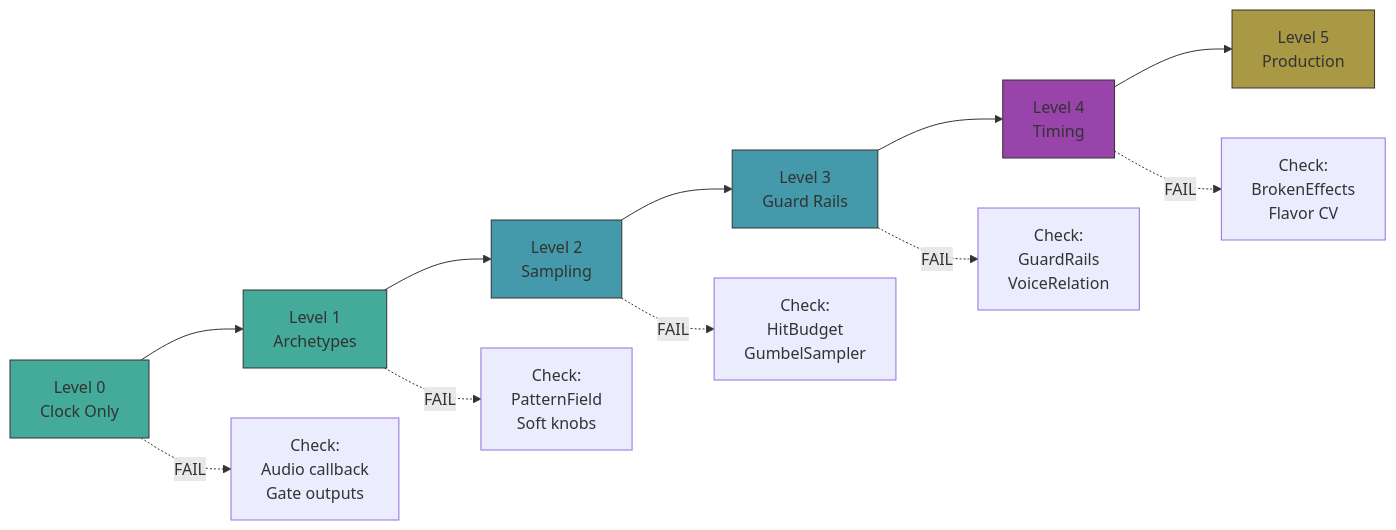
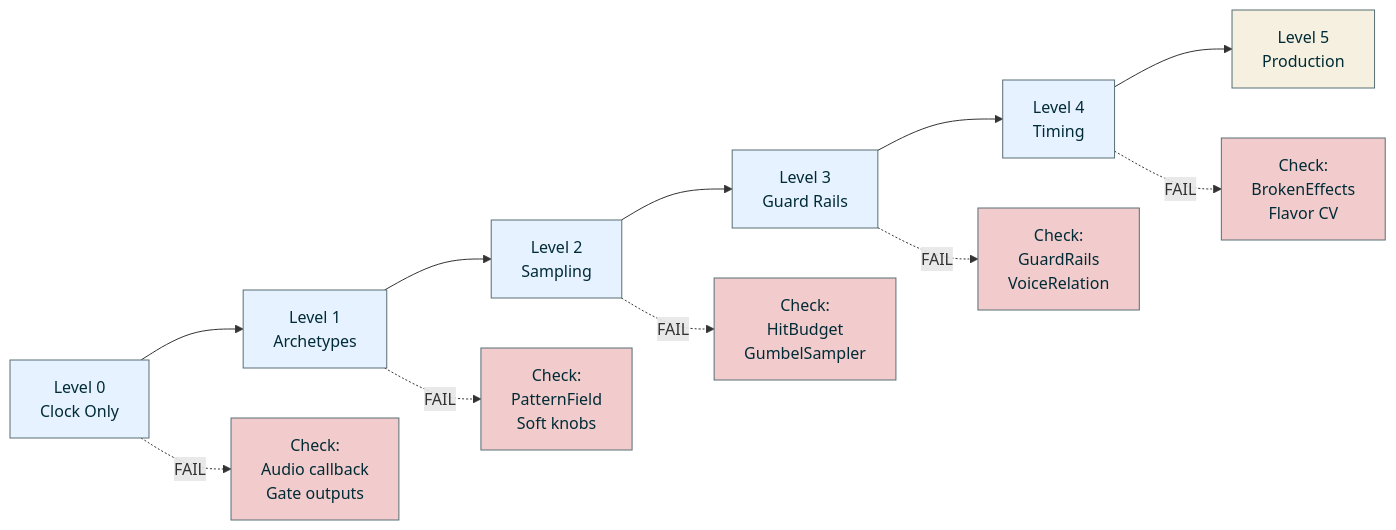
The second of 4 diagrams in docs/tasks/active/16-v4-hardware-validation.md (chronick/duopulse), drawn with Mermaid before and after one commit. The commit also changed other lines of this file and 5 other files, not shown here.

````diff
--- a/docs/tasks/active/16-v4-hardware-validation.md
+++ b/docs/tasks/active/16-v4-hardware-validation.md
@@ -258,21 +273,22 @@
 ```mermaid
 flowchart LR
     L0[Level 0<br/>Clock Only] --> L1[Level 1<br/>Archetypes]
     L1 --> L2[Level 2<br/>Sampling]
     L2 --> L3[Level 3<br/>Guard Rails]
     L3 --> L4[Level 4<br/>Timing]
     L4 --> L5[Level 5<br/>Production]
     
     L0 -.->|FAIL| F0[Check:<br/>Audio callback<br/>Gate outputs]
     L1 -.->|FAIL| F1[Check:<br/>PatternField<br/>Soft knobs]
     L2 -.->|FAIL| F2[Check:<br/>HitBudget<br/>GumbelSampler]
     L3 -.->|FAIL| F3[Check:<br/>GuardRails<br/>VoiceRelation]
     L4 -.->|FAIL| F4[Check:<br/>BrokenEffects<br/>Flavor CV]
+
+    classDef defaultStyle fill:#e6f2ff,stroke:#586e75,color:#002b36
+    classDef warningStyle fill:#f5f0e0,stroke:#586e75,color:#002b36
+    classDef errorStyle fill:#f2cccc,stroke:#586e75,color:#002b36
     
-    style L0 fill:#4a9,stroke:#333
-    style L1 fill:#4a9,stroke:#333
-    style L2 fill:#49a,stroke:#333
-    style L3 fill:#49a,stroke:#333
-    style L4 fill:#94a,stroke:#333
-    style L5 fill:#a94,stroke:#333
+    class L0,L1,L2,L3,L4 defaultStyle
+    class L5 warningStyle
+    class F0,F1,F2,F3,F4 errorStyle
 ```
````
